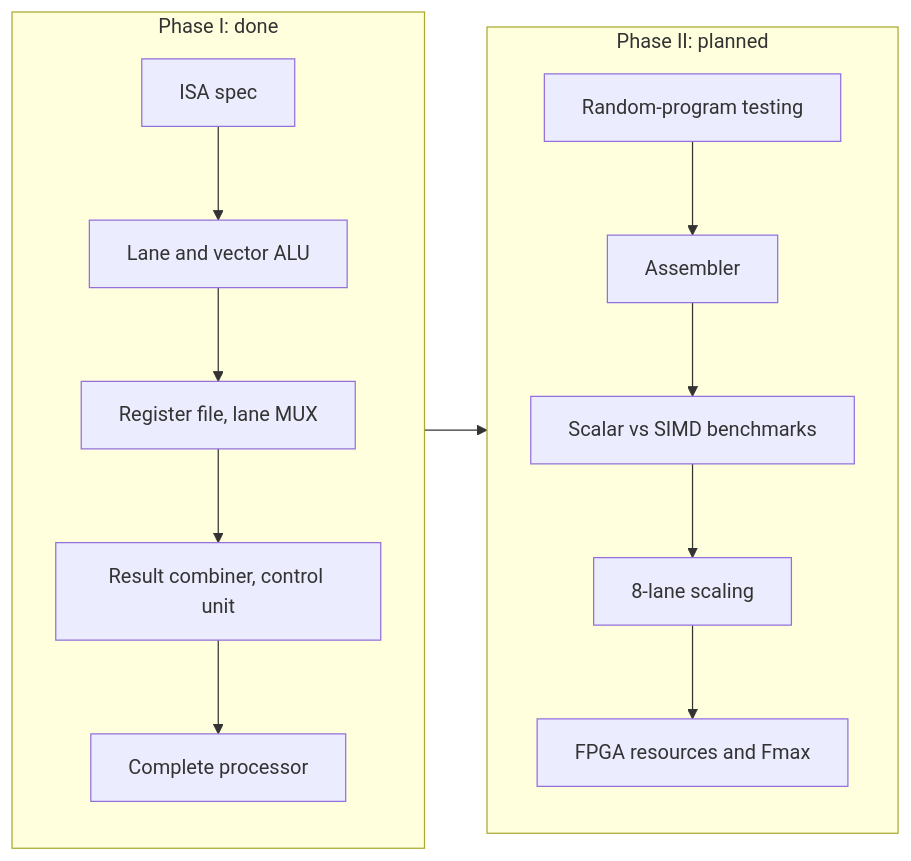
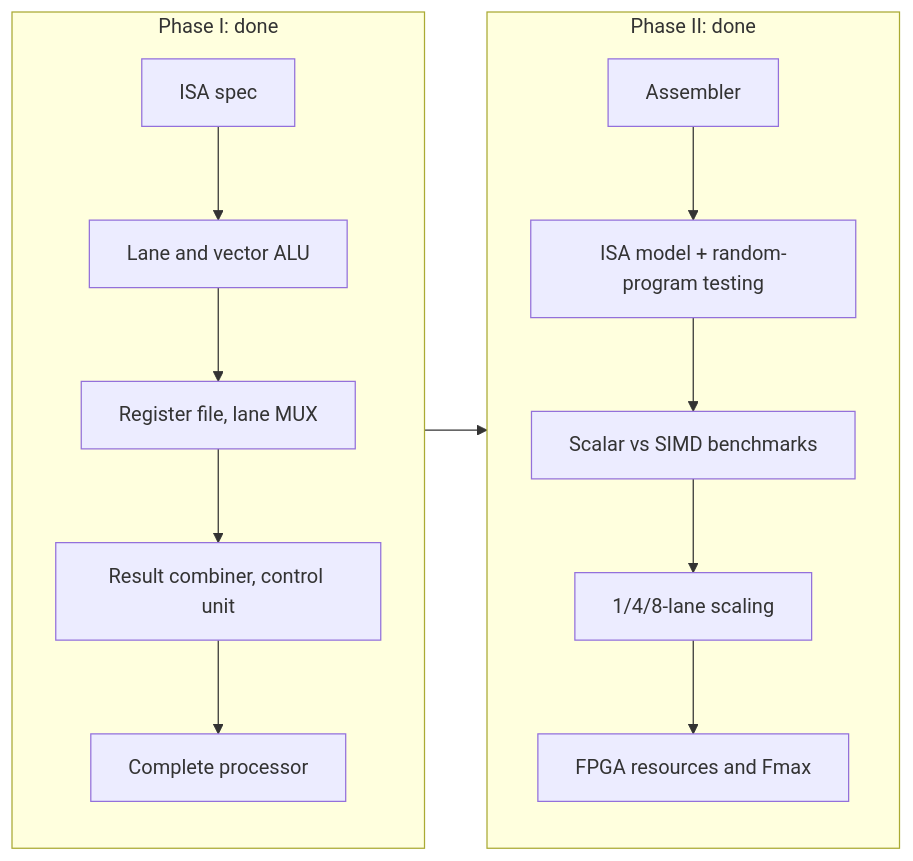
Before and after one commit to nipun1803/LaneForge: the third of 3 diagrams in README.md, drawn with Mermaid. The commit also changed other lines of this file and 1 other file, not shown here.

Commit message:
Docs: document scalar-vs-SIMD speedup results and performance analysis

````diff
--- a/README.md
+++ b/README.md
@@ -124,12 +139,12 @@
 ```mermaid
 flowchart LR
     subgraph P1["Phase I: done"]
         direction TB
         a["ISA spec"] --> b["Lane and vector ALU"] --> c["Register file, lane MUX"] --> d["Result combiner, control unit"] --> e["Complete processor"]
     end
-    subgraph P2["Phase II: planned"]
+    subgraph P2["Phase II: done"]
         direction TB
-        f["Random-program testing"] --> g["Assembler"] --> h["Scalar vs SIMD benchmarks"] --> i["8-lane scaling"] --> j["FPGA resources and Fmax"]
+        f["Assembler"] --> g["ISA model + random-program testing"] --> h["Scalar vs SIMD benchmarks"] --> i["1/4/8-lane scaling"] --> j["FPGA resources and Fmax"]
     end
     P1 --> P2
 ```
````
